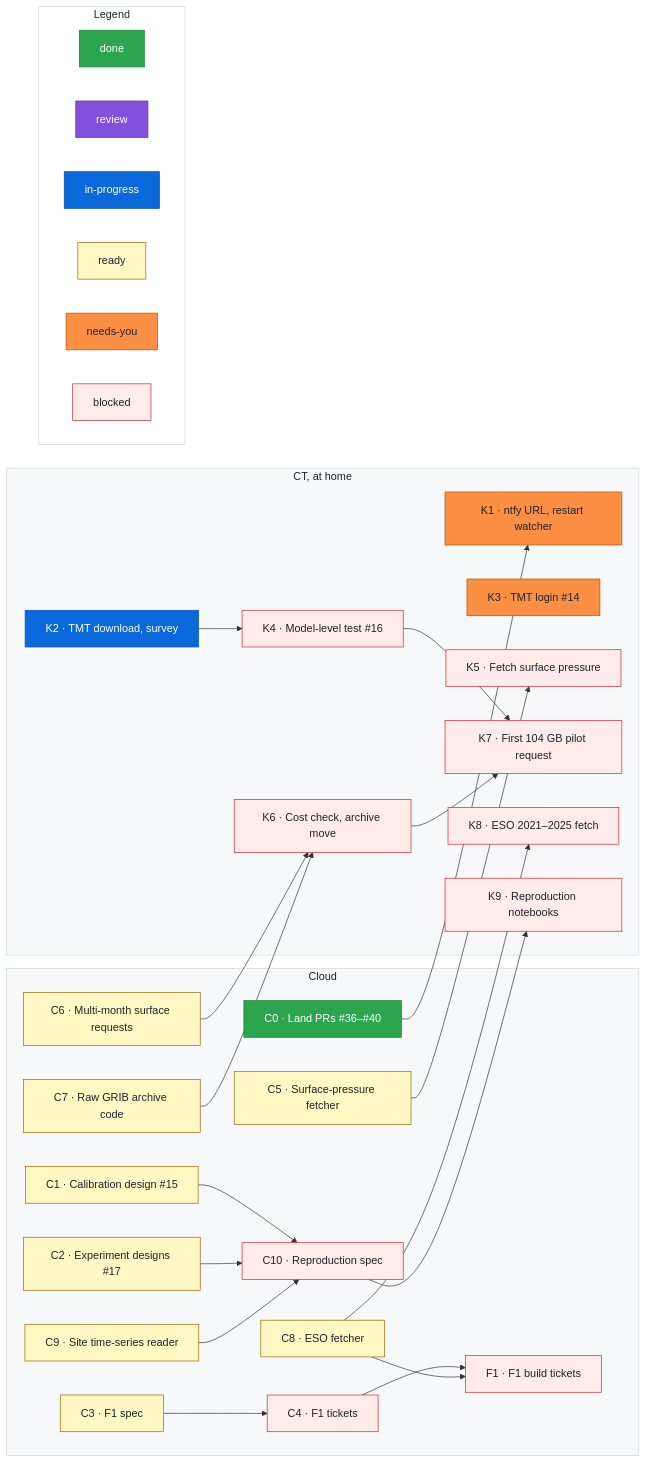
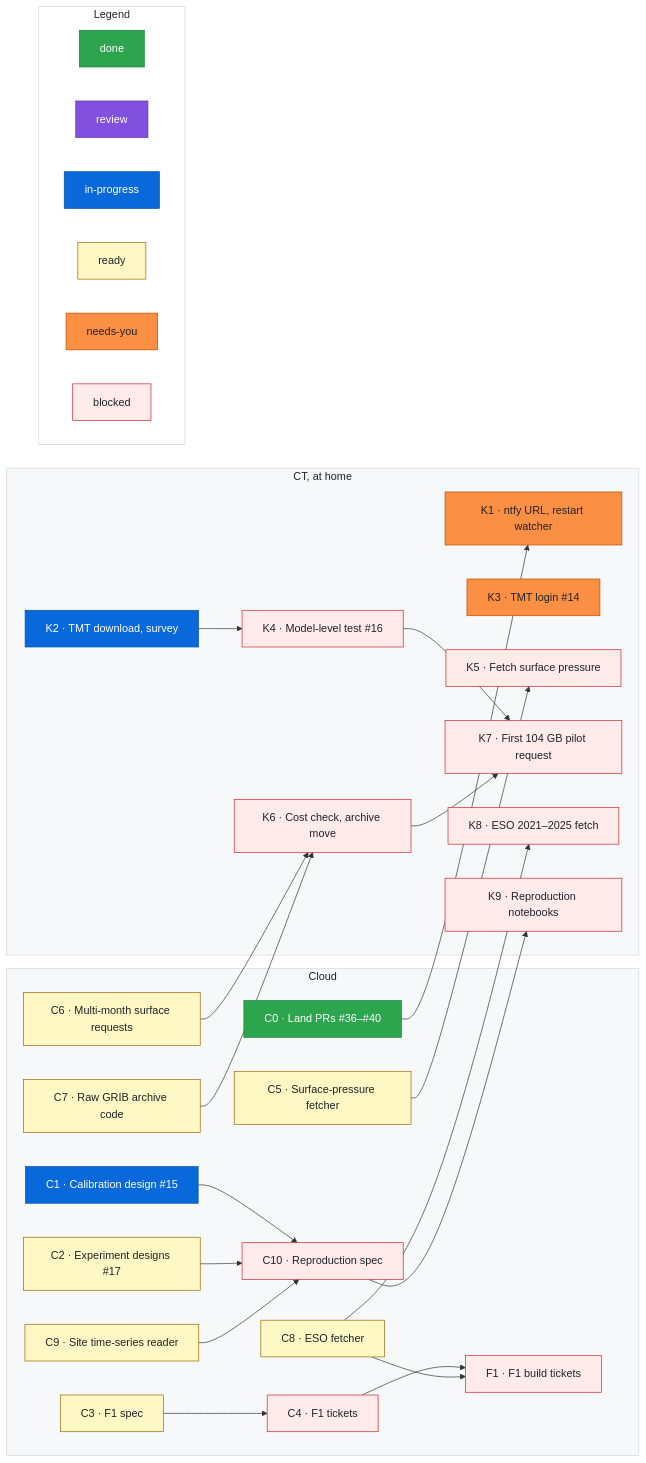
Before and after one commit to rrweller/Astro-seeing: the diagram in docs/roadmap.md, drawn with Mermaid. The commit also changed other lines of this file, not shown here.

Commit message:
roadmap: C1 ready → in-progress
Claude-Session: https://claude.ai/code/session_01ECS9rZthXjkSS88C6YqvNF

```diff
--- a/docs/roadmap.md
+++ b/docs/roadmap.md
@@ -124,7 +124,7 @@
   %% Status lines: one per item, each followed by a `%% ---` spacer. Sessions change only the last word.
   class C0 done
   %% ---
-  class C1 ready
+  class C1 inprogress
   %% ---
   class C2 ready
   %% ---
```
